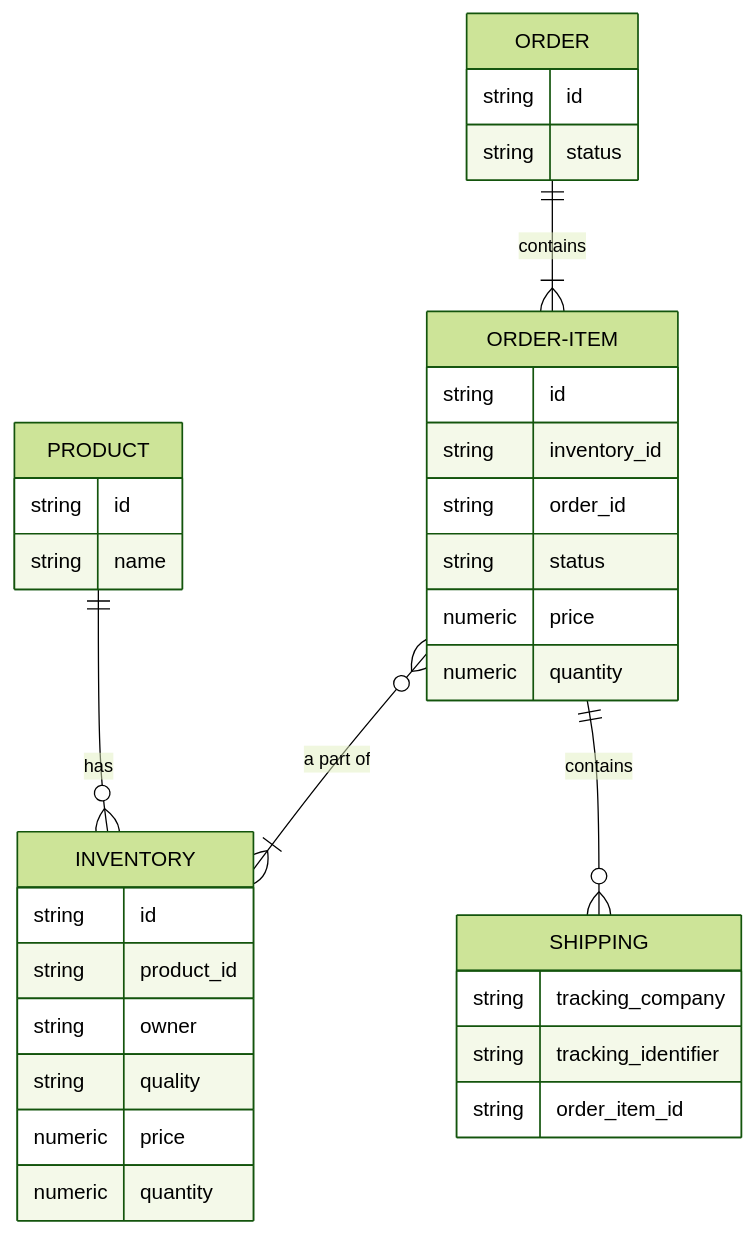
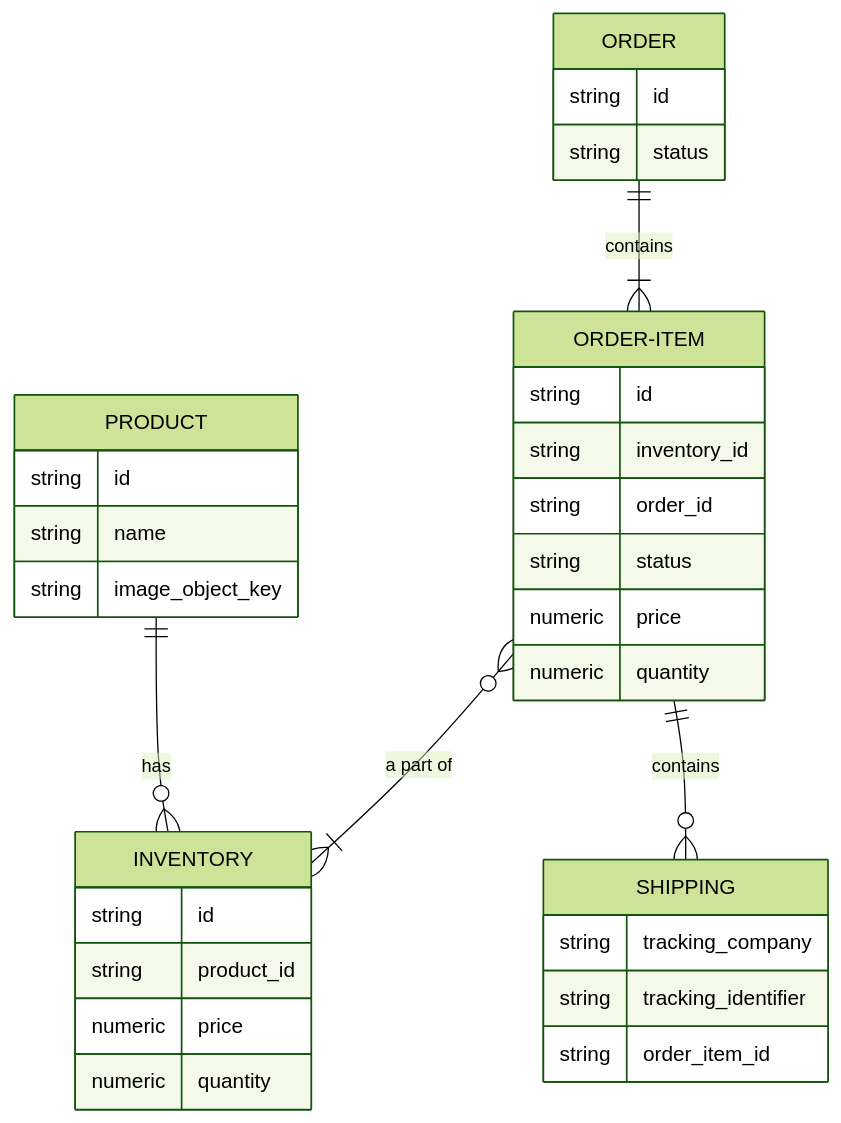
One commit to ccthomas/ecommerce changed the first of 2 diagrams in docs/TECHNICAL_DESIGN.md. Above: the diagram before and after it, drawn with Mermaid (forest theme). The commit also changed other lines of this file and 33 other files, not shown here.

````diff
--- a/docs/TECHNICAL_DESIGN.md
+++ b/docs/TECHNICAL_DESIGN.md
@@ -69,41 +75,40 @@
 ```mermaid
 erDiagram
     PRODUCT ||--o{ INVENTORY : has
     ORDER ||--|{ ORDER-ITEM : "contains"
     ORDER-ITEM }o--|{ INVENTORY : "a part of"
     ORDER-ITEM ||--o{ SHIPPING : "contains"
     
     PRODUCT {
         string id
         string name
+        string image_object_key
     }
 
     INVENTORY {
         string id
         string product_id
-        string owner
-        string quality
         numeric price
         numeric quantity
     }
 
     ORDER {
         string id
         string status
     }
 
     ORDER-ITEM {
         string id
         string inventory_id
         string order_id
         string status
         numeric price
         numeric quantity
     }
 
     SHIPPING {
         string tracking_company
         string tracking_identifier
         string order_item_id
     }
 ```
````
